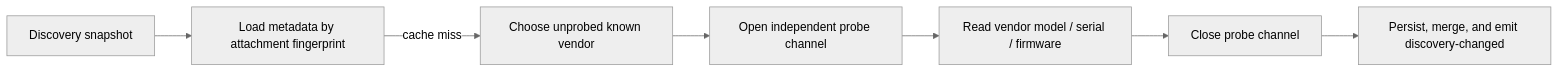
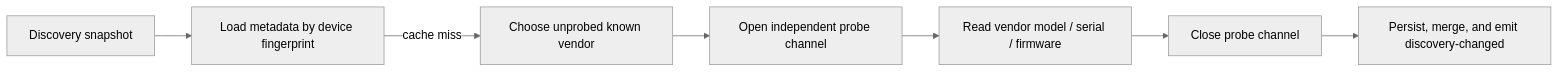
Before and after one commit to go-ctap/kit: the fourth of 4 diagrams in docs/current-runtime-flows.md, drawn with Mermaid (neutral theme). The commit also changed other lines of this file and 6 other files, not shown here.

Commit message:
refactor: update fingerprint logic to track device identity via serial, improve resilience to transport path changes, and update related tests and documentation

````diff
--- a/docs/current-runtime-flows.md
+++ b/docs/current-runtime-flows.md
@@ -130,9 +130,9 @@
 ```mermaid
 flowchart LR
-  A["Discovery snapshot"] --> B["Load metadata by attachment fingerprint"]
+  A["Discovery snapshot"] --> B["Load metadata by device fingerprint"]
   B -->|cache miss| C["Choose unprobed known vendor"]
   C --> D["Open independent probe channel"]
   D --> E["Read vendor model / serial / firmware"]
   E --> F["Close probe channel"]
   F --> G["Persist, merge, and emit discovery-changed"]
 ```
````
